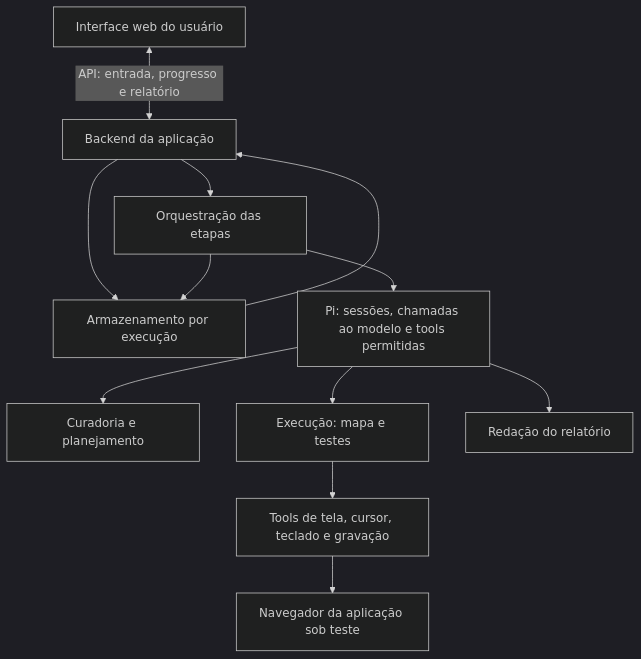
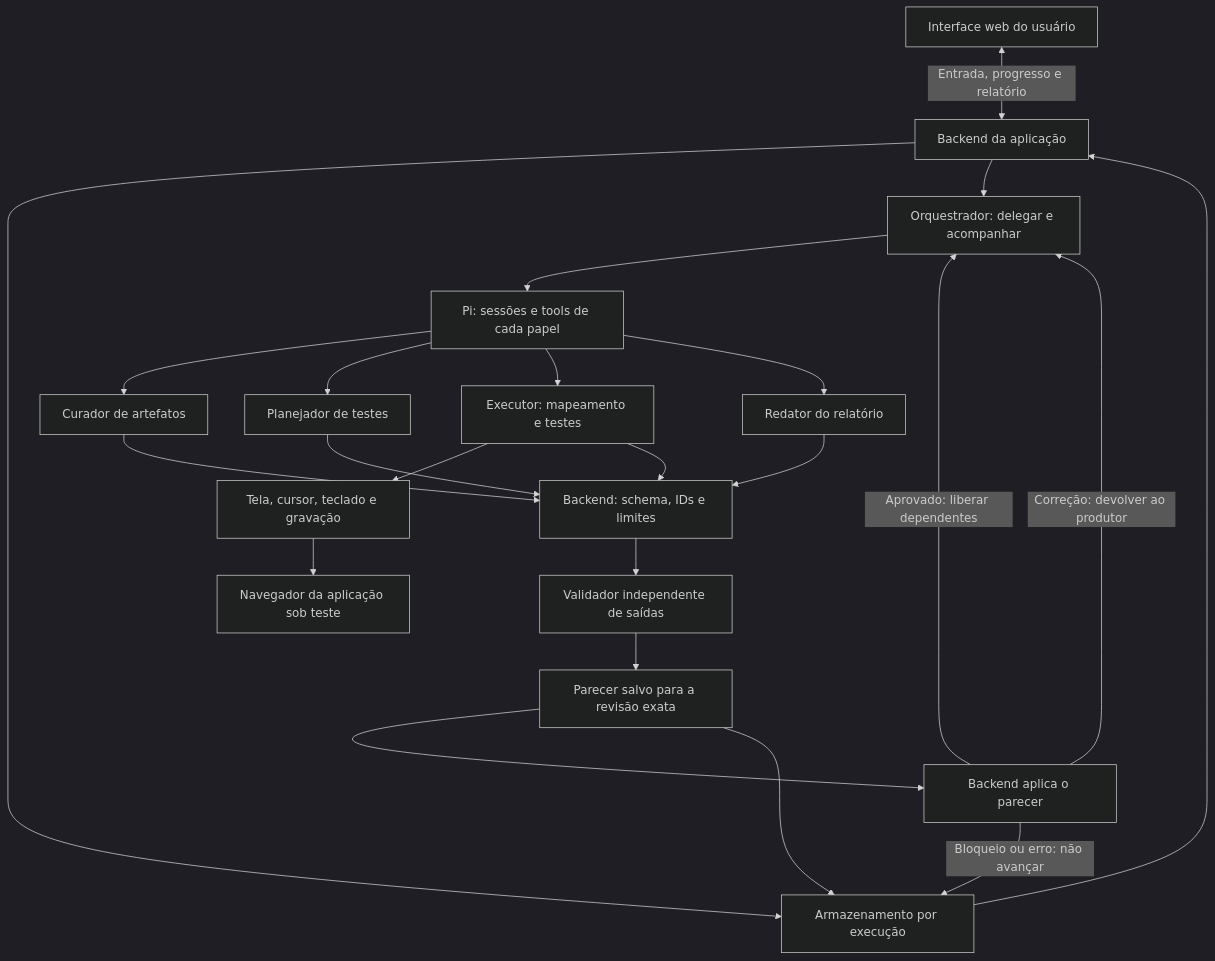
One commit to mh131105/akcit-qa-agent changed the diagram in docs/requisitos/CONTRATOS.md. Above: the diagram before and after it, drawn with Mermaid (dark theme). The commit also changed other lines of this file and 10 other files, not shown here.

Commit message:
feat: incluir validador independente na arquitetura dos agentes

````diff
--- a/docs/requisitos/CONTRATOS.md
+++ b/docs/requisitos/CONTRATOS.md
@@ -9,14 +9,25 @@
 ```mermaid
 flowchart TB
-    UI[Interface web do usuário] <-->|API: entrada, progresso e relatório| API[Backend da aplicação]
+    UI[Interface web do usuário] <-->|Entrada, progresso e relatório| API[Backend da aplicação]
     API --> STORE[Armazenamento por execução]
-    API --> WORK[Orquestração das etapas]
-    WORK --> PI[Pi: sessões, chamadas ao modelo e tools permitidas]
-    PI --> CUR[Curadoria e planejamento]
-    PI --> EXE[Execução: mapa e testes]
-    PI --> REP[Redação do relatório]
-    EXE --> TOOLS[Tools de tela, cursor, teclado e gravação]
+    API --> ORQ[Orquestrador: delegar e acompanhar]
+    ORQ --> PI[Pi: sessões e tools de cada papel]
+    PI --> CUR[Curador de artefatos]
+    PI --> PLAN[Planejador de testes]
+    PI --> EXE[Executor: mapeamento e testes]
+    PI --> REP[Redator do relatório]
+    EXE --> TOOLS[Tela, cursor, teclado e gravação]
     TOOLS --> WEB[Navegador da aplicação sob teste]
-    WORK --> STORE
+    CUR --> CHECK[Backend: schema, IDs e limites]
+    PLAN --> CHECK
+    EXE --> CHECK
+    REP --> CHECK
+    CHECK --> VAL[Validador independente de saídas]
+    VAL --> PARECER[Parecer salvo para a revisão exata]
+    PARECER --> GATE[Backend aplica o parecer]
+    GATE -->|Aprovado: liberar dependentes| ORQ
+    GATE -->|Correção: devolver ao produtor| ORQ
+    GATE -->|Bloqueio ou erro: não avançar| STORE
+    PARECER --> STORE
     STORE --> API
 ```
````
